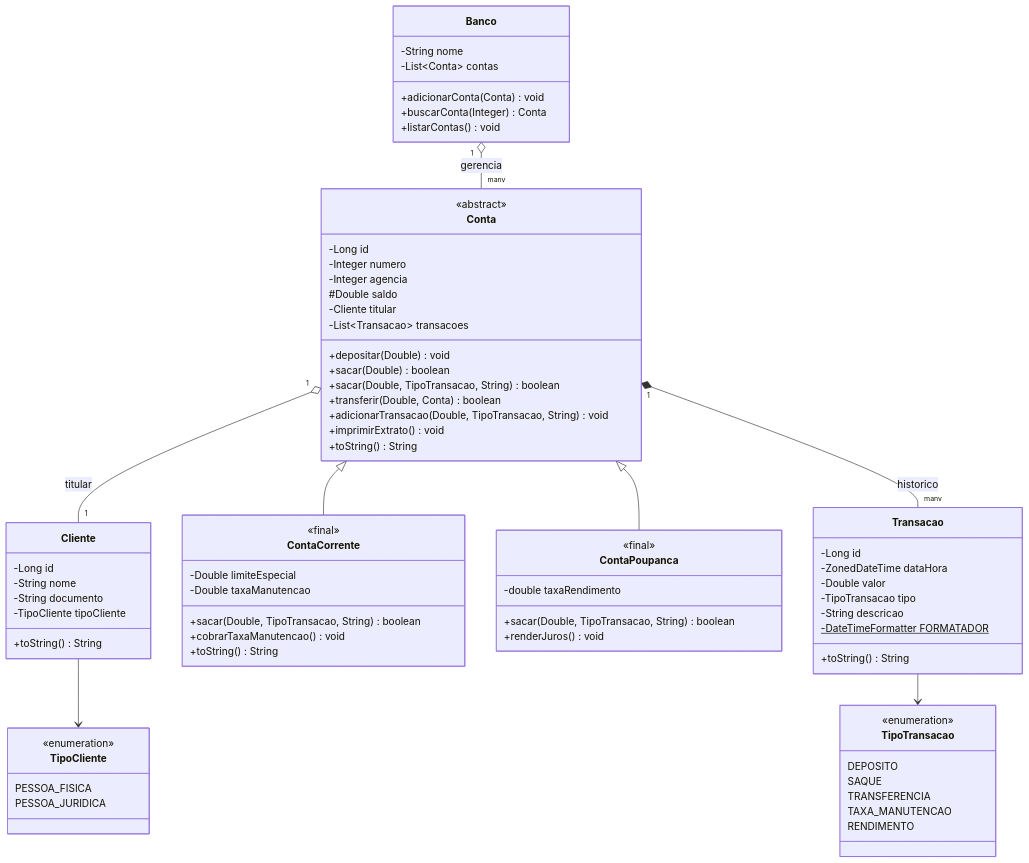
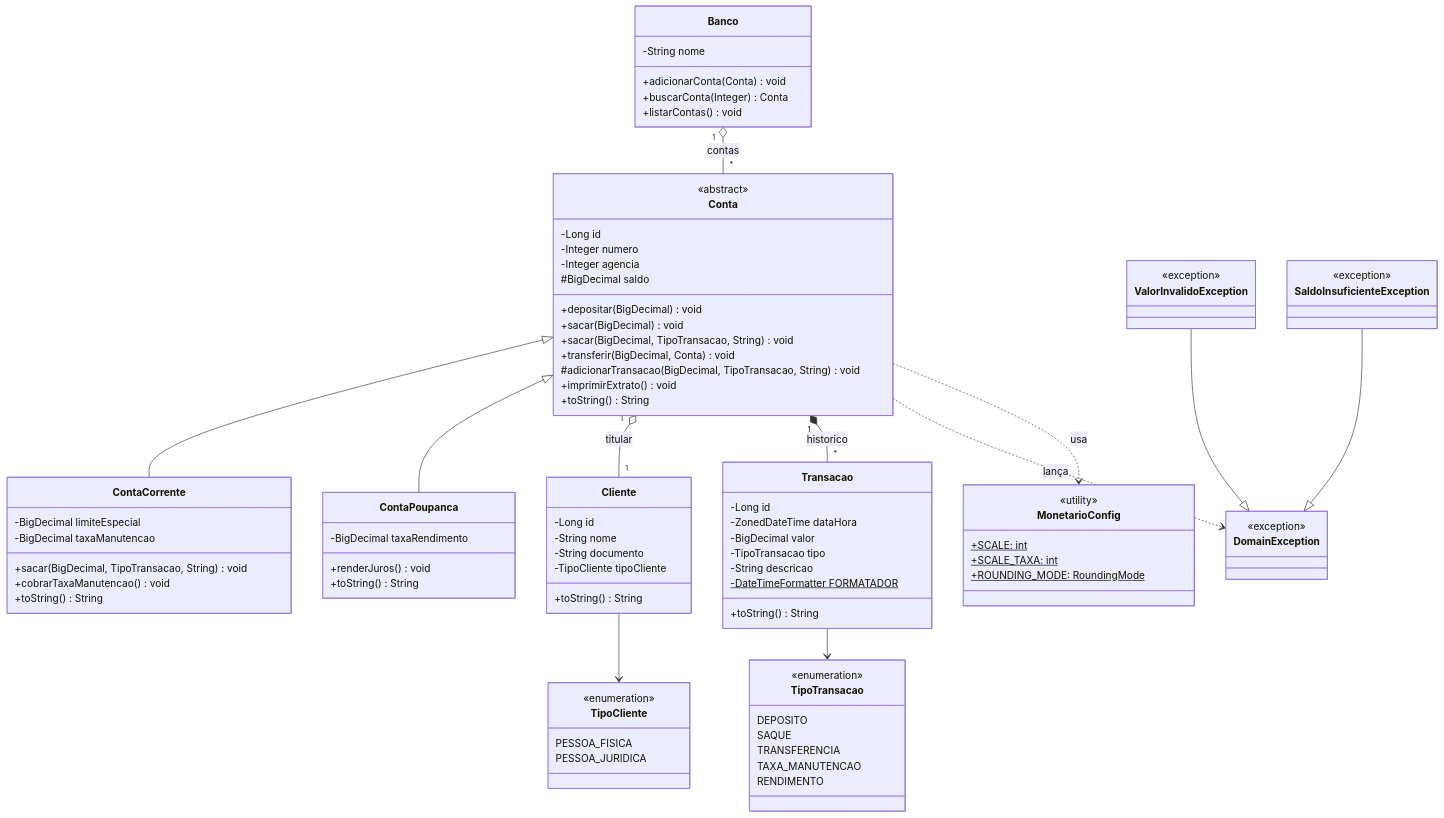
The diagram in README.md (vitoriagblima/bank-simulator), drawn with Mermaid before and after one commit. The commit also changed other lines of this file, not shown here.

Commit message:
docs: atualiza README para refletir estrutura atual do projeto e novas alterações

````diff
--- a/README.md
+++ b/README.md
@@ -129,46 +143,42 @@
         -Long id
         -Integer numero
         -Integer agencia
-        #Double saldo
-        -Cliente titular
-        -List~Transacao~ transacoes
-        +depositar(Double) void
-        +sacar(Double) boolean
-        +sacar(Double, TipoTransacao, String) boolean
-        +transferir(Double, Conta) boolean
-        +adicionarTransacao(Double, TipoTransacao, String) void
+        #BigDecimal saldo
+        +depositar(BigDecimal) void
+        +sacar(BigDecimal) void
+        +sacar(BigDecimal, TipoTransacao, String) void
+        +transferir(BigDecimal, Conta) void
+        #adicionarTransacao(BigDecimal, TipoTransacao, String) void
         +imprimirExtrato() void
         +toString() String
     }
 
     class ContaCorrente {
-        <<final>>
-        -Double limiteEspecial
-        -Double taxaManutencao
-        +sacar(Double, TipoTransacao, String) boolean
+        -BigDecimal limiteEspecial
+        -BigDecimal taxaManutencao
+        +sacar(BigDecimal, TipoTransacao, String) void
         +cobrarTaxaManutencao() void
         +toString() String
     }
 
     class ContaPoupanca {
-        <<final>>
-        -double taxaRendimento
-        +sacar(Double, TipoTransacao, String) boolean
+        -BigDecimal taxaRendimento
         +renderJuros() void
+        +toString() String
     }
 
     class Transacao {
         -Long id
         -ZonedDateTime dataHora
-        -Double valor
+        -BigDecimal valor
         -TipoTransacao tipo
         -String descricao
         -DateTimeFormatter FORMATADOR$
         +toString() String
-}
+    }
+
     class Banco {
         -String nome
-        -List~Conta~ contas
         +adicionarConta(Conta) void
         +buscarConta(Integer) Conta
         +listarContas() void
@@ -189,11 +199,35 @@
         RENDIMENTO
     }
 
+    class DomainException {
+        <<exception>>
+    }
+
+    class ValorInvalidoException {
+        <<exception>>
+    }
+
+    class SaldoInsuficienteException {
+        <<exception>>
+    }
+
+    class MonetarioConfig {
+        <<utility>>
+        +SCALE: int$
+        +SCALE_TAXA: int$
+        +ROUNDING_MODE: RoundingMode$
+    }
+
     Conta <|-- ContaCorrente
     Conta <|-- ContaPoupanca
     Conta "1" o-- "1" Cliente : titular
-    Conta "1" *-- "many" Transacao : historico
-    Banco "1" o-- "many" Conta : gerencia
+    Conta "1" *-- "*" Transacao : historico
+    Banco "1" o-- "*" Conta : contas
     Cliente --> TipoCliente
     Transacao --> TipoTransacao
+    ValorInvalidoException --|> DomainException
+    SaldoInsuficienteException --|> DomainException
+    Conta ..> DomainException : lança
+    Conta ..> MonetarioConfig : usa
+
 ```
````
